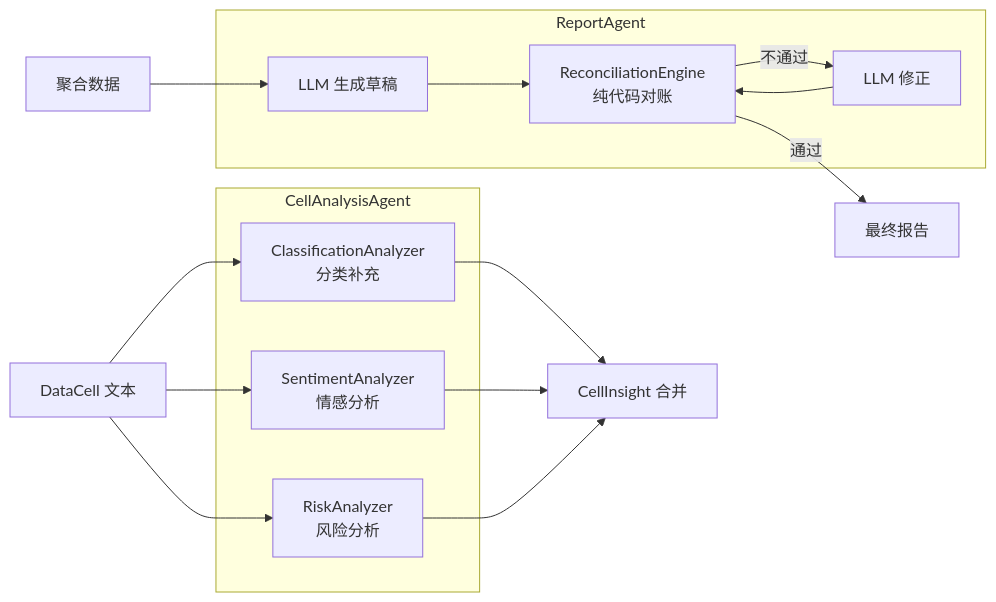
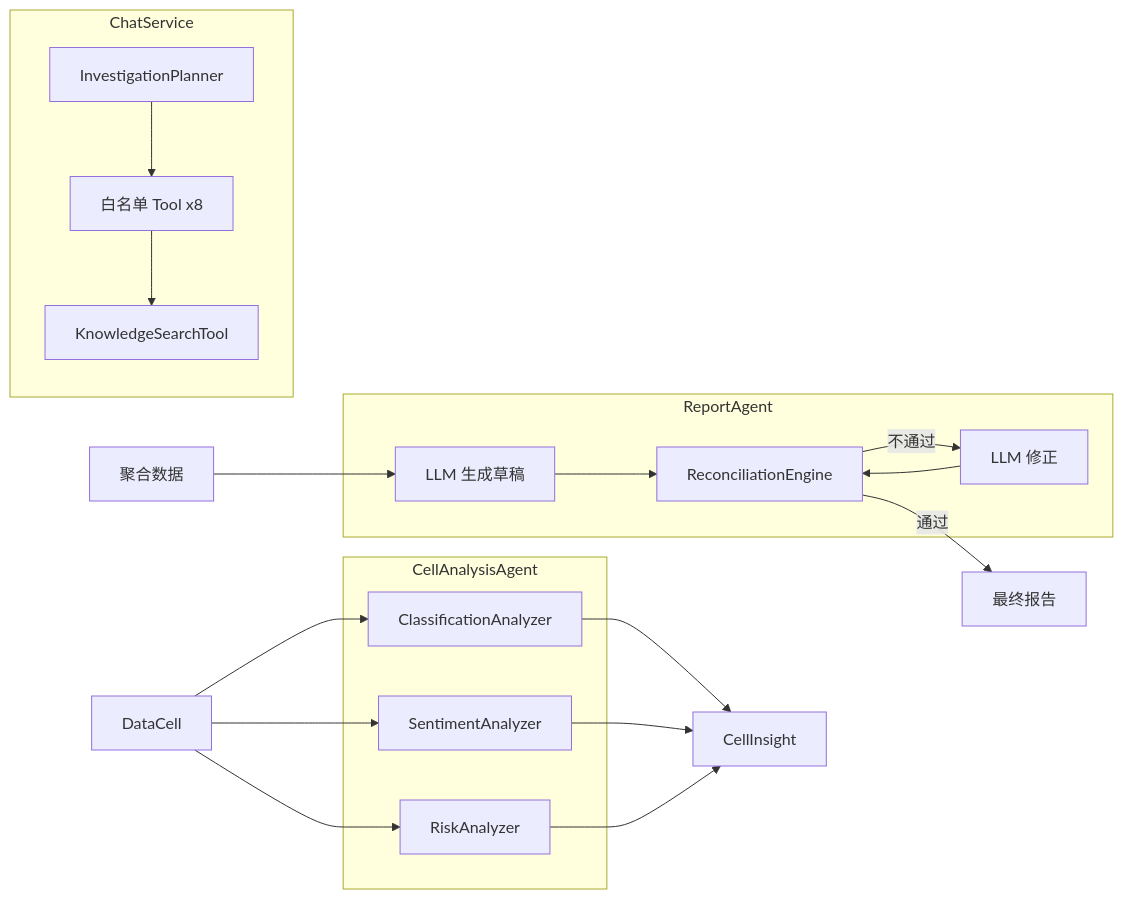
One commit to Suda-313/InsightFlow changed the fifth of 5 diagrams in README.md. Above: the diagram before and after it, drawn with Mermaid. The commit also changed other lines of this file and 23 other files, not shown here.

````diff
--- a/README.md
+++ b/README.md
@@ -148,27 +295,27 @@
 ```mermaid
 graph LR
     subgraph "CellAnalysisAgent"
-        CA[ClassificationAnalyzer<br/>分类补充]
-        SA[SentimentAnalyzer<br/>情感分析]
-        RA[RiskAnalyzer<br/>风险分析]
+        CA[ClassificationAnalyzer]
+        SA[SentimentAnalyzer]
+        RA[RiskAnalyzer]
+    end
+
+    subgraph "ChatService"
+        Plan[InvestigationPlanner]
+        Tools[白名单 Tool x8]
+        Know[KnowledgeSearchTool]
     end
 
     subgraph "ReportAgent"
         Gen[LLM 生成草稿]
-        Rec[ReconciliationEngine<br/>纯代码对账]
+        Rec[ReconciliationEngine]
         Fix[LLM 修正]
     end
 
-    Cell[DataCell 文本] --> CA
-    Cell --> SA
-    Cell --> RA
-    CA --> Merge[CellInsight 合并]
-    SA --> Merge
-    RA --> Merge
-
-    Dashboard[聚合数据] --> Gen
-    Gen --> Rec
-    Rec -->|不通过| Fix
-    Fix --> Rec
+    Cell[DataCell] --> CA & SA & RA
+    CA & SA & RA --> Merge[CellInsight]
+    Plan --> Tools --> Know
+    Dashboard[聚合数据] --> Gen --> Rec
+    Rec -->|不通过| Fix --> Rec
     Rec -->|通过| Report[最终报告]
 ```
````
